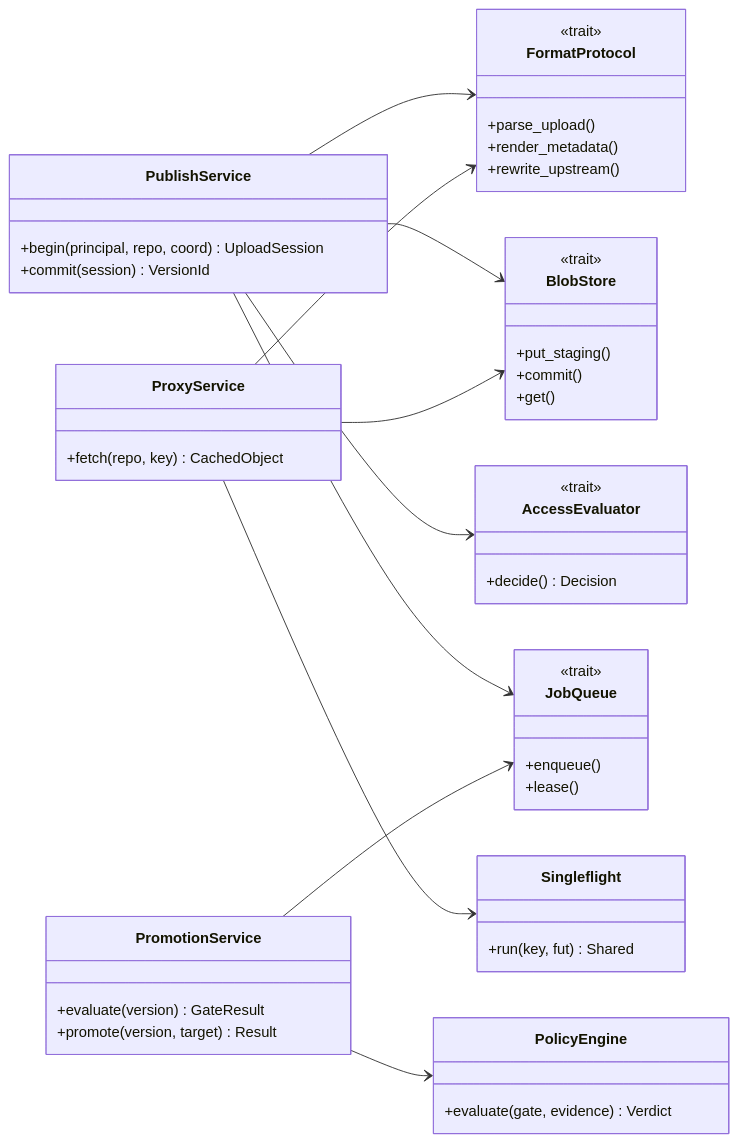
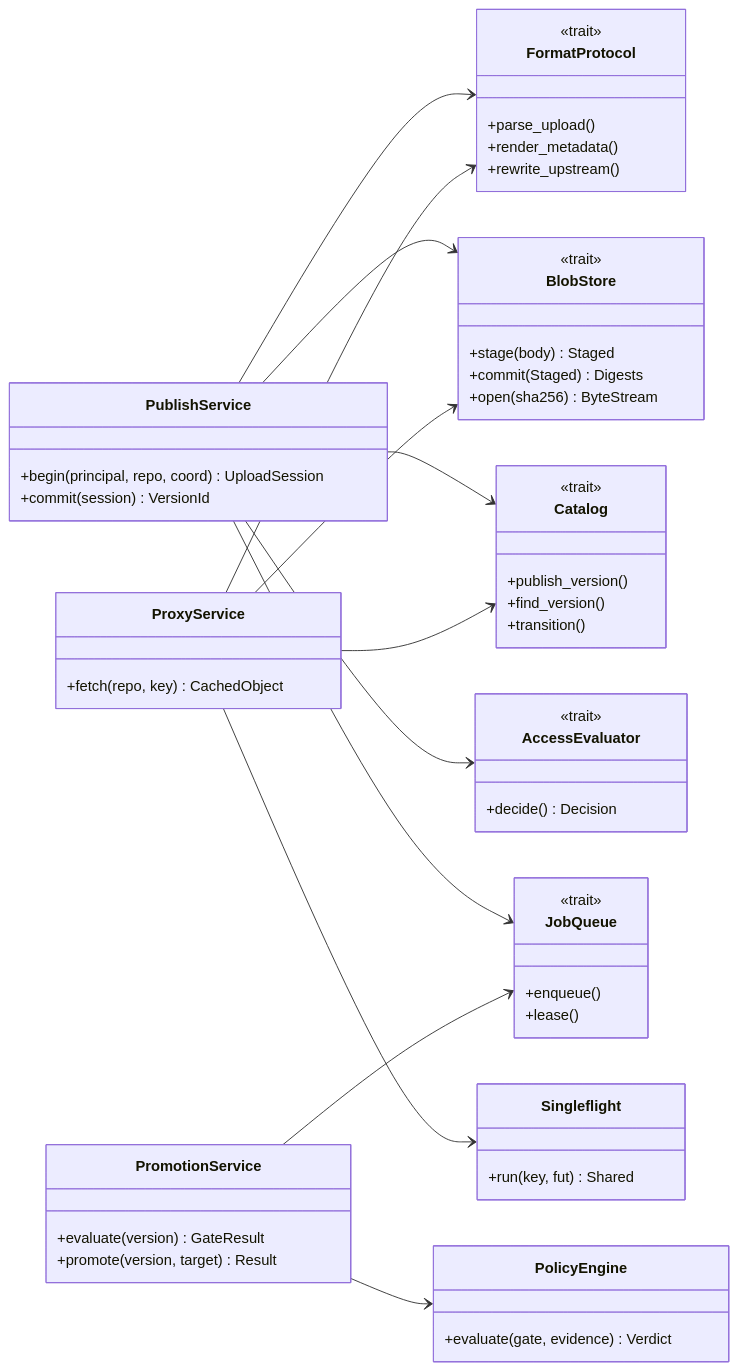
The diagram in docs/product/08-c4-l4-code.md (izevg/CRANE), drawn with Mermaid before and after one commit. The commit also changed other lines of this file and 3 other files, not shown here.

````diff
--- a/docs/product/08-c4-l4-code.md
+++ b/docs/product/08-c4-l4-code.md
@@ -137,51 +152,59 @@
 ```mermaid
 classDiagram
   direction LR
   class PublishService {
     +begin(principal, repo, coord) UploadSession
     +commit(session) VersionId
   }
   class ProxyService {
     +fetch(repo, key) CachedObject
   }
   class PromotionService {
     +evaluate(version) GateResult
     +promote(version, target) Result
   }
   class FormatProtocol {
     <<trait>>
     +parse_upload()
     +render_metadata()
     +rewrite_upstream()
   }
   class BlobStore {
     <<trait>>
-    +put_staging()
-    +commit()
-    +get()
+    +stage(body) Staged
+    +commit(Staged) Digests
+    +open(sha256) ByteStream
+  }
+  class Catalog {
+    <<trait>>
+    +publish_version()
+    +find_version()
+    +transition()
   }
   class AccessEvaluator {
     <<trait>>
     +decide() Decision
   }
   class JobQueue {
     <<trait>>
     +enqueue()
     +lease()
   }
   class Singleflight {
     +run(key, fut) Shared
   }
   class PolicyEngine {
     +evaluate(gate, evidence) Verdict
   }
   PublishService --> FormatProtocol
   PublishService --> BlobStore
+  PublishService --> Catalog
   PublishService --> AccessEvaluator
   PublishService --> JobQueue
   ProxyService --> FormatProtocol
   ProxyService --> BlobStore
+  ProxyService --> Catalog
   ProxyService --> Singleflight
   PromotionService --> PolicyEngine
   PromotionService --> JobQueue
 ```
````
